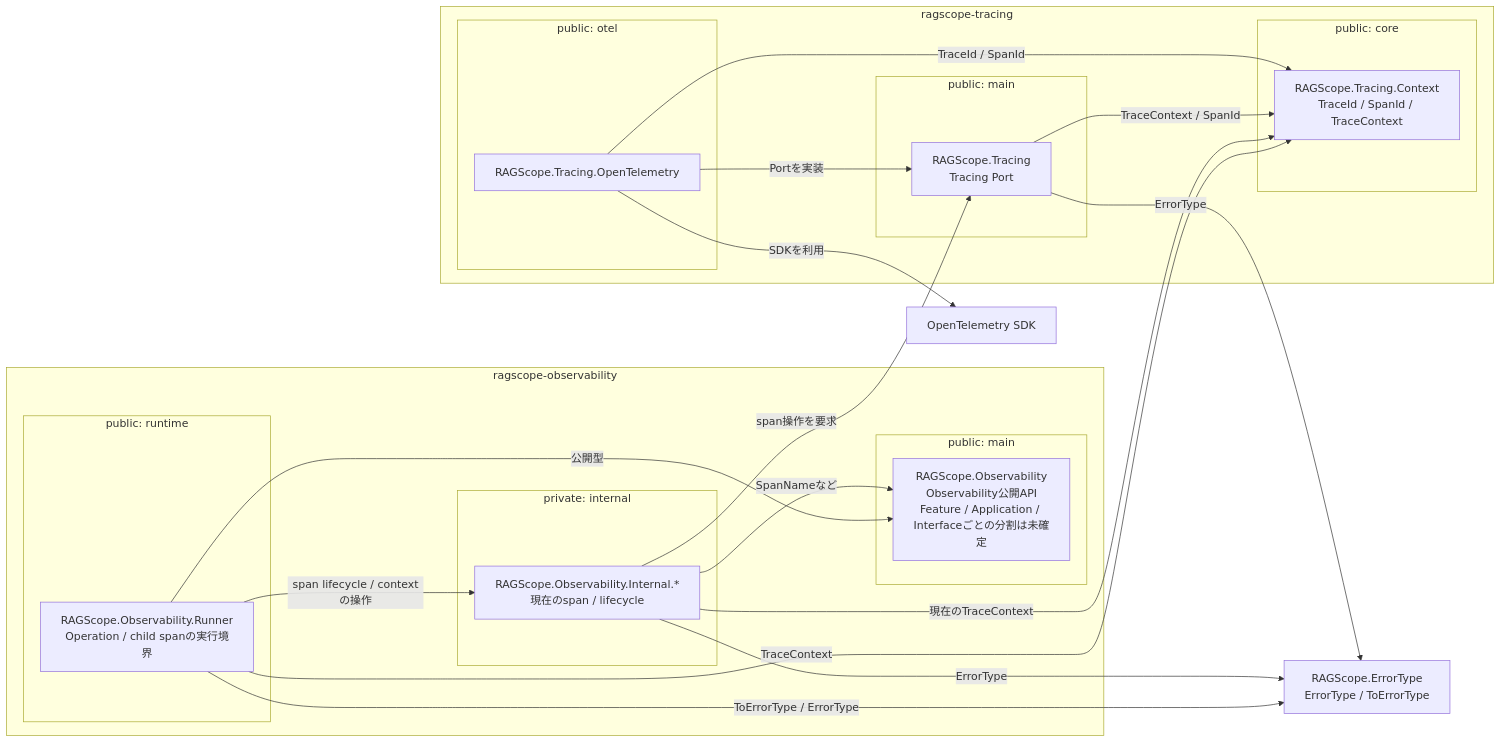
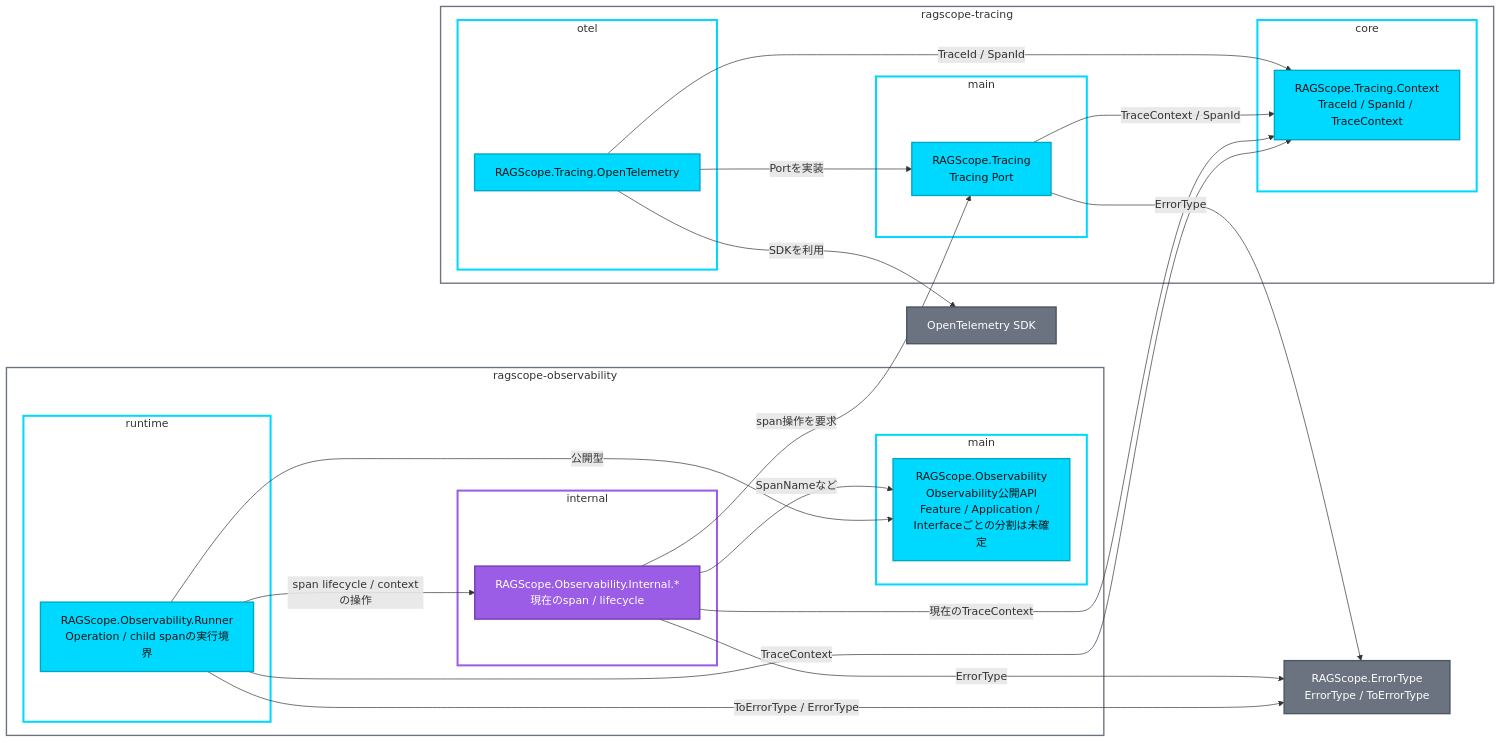
The diagram in Notes/RAGScope/RAGScopeアプリケーション/実行追跡・構造化ログ静的依存図 Observability・Tracing.md (takashit16833/Workbench), drawn with Mermaid before and after one commit. The commit also changed other lines of this file, not shown here.

Commit message:
docs: restore Observability Tracing diagram colors

````diff
--- a/Notes/RAGScope/RAGScopeアプリケーション/実行追跡・構造化ログ静的依存図 Observability・Tracing.md
+++ b/Notes/RAGScope/RAGScopeアプリケーション/実行追跡・構造化ログ静的依存図 Observability・Tracing.md
@@ -17,46 +19,63 @@
 ```mermaid
 flowchart LR
     subgraph pkg_obs["ragscope-observability"]
-        subgraph obs_main_lib["public: main"]
+        subgraph obs_main_lib["main"]
             obs["RAGScope.Observability<br/>Observability公開API<br/>Feature / Application / Interfaceごとの分割は未確定"]
         end
-        subgraph obs_runtime_lib["public: runtime"]
+        subgraph obs_runtime_lib["runtime"]
             runner["RAGScope.Observability.Runner<br/>Operation / child spanの実行境界"]
         end
-        subgraph obs_internal_lib["private: internal"]
+        subgraph obs_internal_lib["internal"]
             internal["RAGScope.Observability.Internal.*<br/>現在のspan / lifecycle"]
         end
     end
 
     subgraph pkg_tracing["ragscope-tracing"]
-        subgraph tracing_main_lib["public: main"]
+        subgraph tracing_main_lib["main"]
             tracing["RAGScope.Tracing<br/>Tracing Port"]
         end
-        subgraph tracing_otel_lib["public: otel"]
+        subgraph tracing_otel_lib["otel"]
             otel["RAGScope.Tracing.OpenTelemetry"]
         end
-        subgraph tracing_core_lib["public: core"]
+        subgraph tracing_core_lib["core"]
             context["RAGScope.Tracing.Context<br/>TraceId / SpanId / TraceContext"]
         end
     end
 
     error_type["RAGScope.ErrorType<br/>ErrorType / ToErrorType"]
     sdk["OpenTelemetry SDK"]
 
     runner -->|span lifecycle / contextの操作| internal
     runner -->|公開型| obs
     runner -->|ToErrorType / ErrorType| error_type
     runner -->|TraceContext| context
 
     internal -->|SpanNameなど| obs
     internal -->|ErrorType| error_type
     internal -->|span操作を要求| tracing
     internal -->|現在のTraceContext| context
 
     tracing -->|ErrorType| error_type
     tracing -->|TraceContext / SpanId| context
 
     otel -->|Portを実装| tracing
     otel -->|TraceId / SpanId| context
     otel -->|SDKを利用| sdk
+
+    classDef public fill:#00D9FF,stroke:#00A7C2,color:#111111,stroke-width:2px
+    classDef private fill:#9B5DE5,stroke:#713CB0,color:#FFFFFF,stroke-width:2px
+    classDef outside fill:#6B7280,stroke:#4B5563,color:#FFFFFF,stroke-width:2px
+
+    class obs,runner,tracing,otel,context public
+    class internal private
+    class error_type,sdk outside
+
+    style pkg_obs fill:transparent,stroke:#6B7280,stroke-width:2px
+    style pkg_tracing fill:transparent,stroke:#6B7280,stroke-width:2px
+    style obs_main_lib fill:transparent,stroke:#00D9FF,stroke-width:3px
+    style obs_runtime_lib fill:transparent,stroke:#00D9FF,stroke-width:3px
+    style obs_internal_lib fill:transparent,stroke:#9B5DE5,stroke-width:3px
+    style tracing_main_lib fill:transparent,stroke:#00D9FF,stroke-width:3px
+    style tracing_otel_lib fill:transparent,stroke:#00D9FF,stroke-width:3px
+    style tracing_core_lib fill:transparent,stroke:#00D9FF,stroke-width:3px
 ```
````
